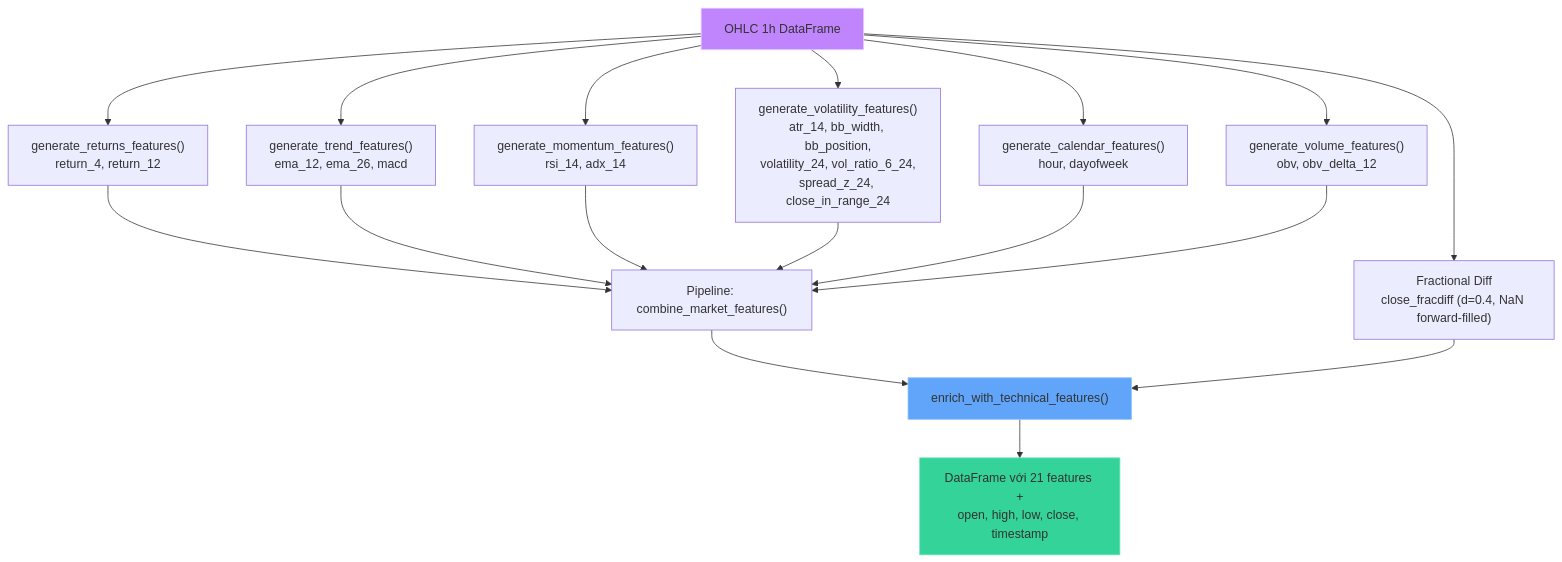
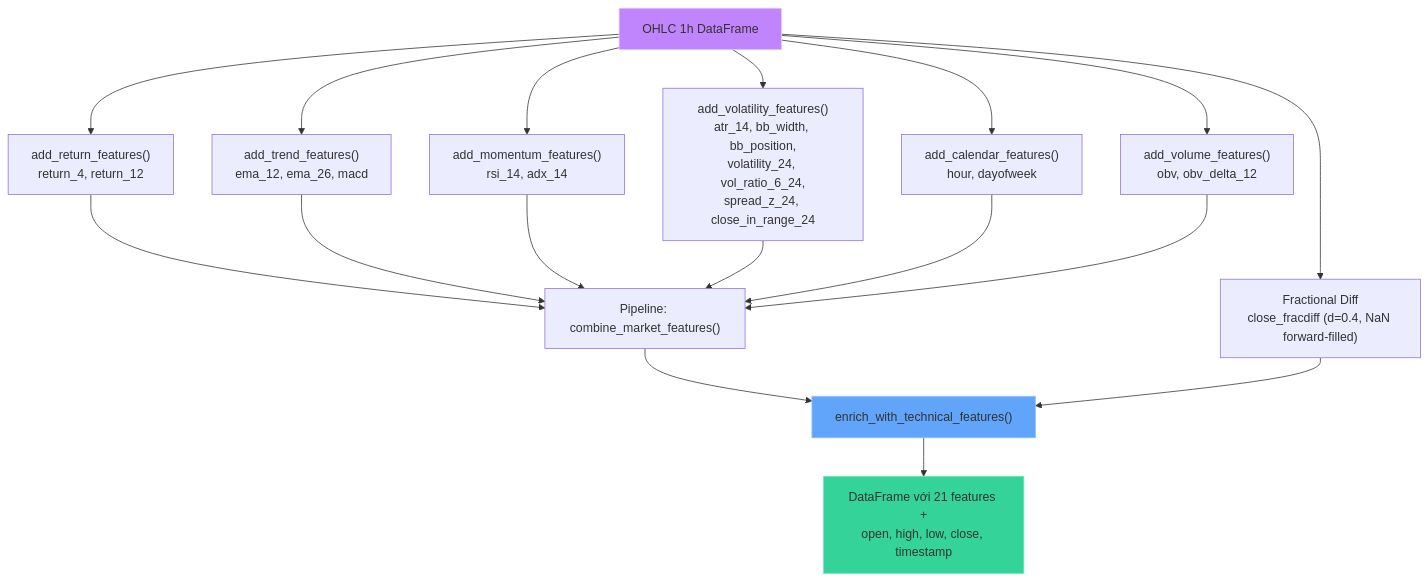
The first of 4 diagrams in docs/feature-engineering.md (ultimateBroK/thesis-compact), drawn with Mermaid before and after one commit. The commit also changed other lines of this file and 51 other files, not shown here.

````diff
--- a/docs/feature-engineering.md
+++ b/docs/feature-engineering.md
@@ -9,24 +9,24 @@
 ```mermaid
 flowchart TD
-    A["OHLC 1h DataFrame"] --> B["generate_returns_features()<br/>return_4, return_12"]
-    A --> C["generate_trend_features()<br/>ema_12, ema_26, macd"]
-    A --> D["generate_momentum_features()<br/>rsi_14, adx_14"]
-    A --> E["generate_volatility_features()<br/>atr_14, bb_width, bb_position,<br/>volatility_24, vol_ratio_6_24,<br/>spread_z_24, close_in_range_24"]
-    A --> F["generate_calendar_features()<br/>hour, dayofweek"]
-    A --> G["generate_volume_features()<br/>obv, obv_delta_12"]
+    A["OHLC 1h DataFrame"] --> B["add_return_features()<br/>return_4, return_12"]
+    A --> C["add_trend_features()<br/>ema_12, ema_26, macd"]
+    A --> D["add_momentum_features()<br/>rsi_14, adx_14"]
+    A --> E["add_volatility_features()<br/>atr_14, bb_width, bb_position,<br/>volatility_24, vol_ratio_6_24,<br/>spread_z_24, close_in_range_24"]
+    A --> F["add_calendar_features()<br/>hour, dayofweek"]
+    A --> G["add_volume_features()<br/>obv, obv_delta_12"]
     A --> H["Fractional Diff<br/>close_fracdiff (d=0.4, NaN forward-filled)"]
 
     B --> I["Pipeline: combine_market_features()"]
     C --> I
     D --> I
     E --> I
     F --> I
     G --> I
     I --> J["enrich_with_technical_features()"]
     H --> J
     J --> K["DataFrame với 21 features +<br/>open, high, low, close, timestamp"]
 
     style A fill:#c084fc,stroke:#e9d5ff
     style J fill:#60a5fa,stroke:#93c5fd
     style K fill:#34d399,stroke:#6ee7b7
 ```
````
